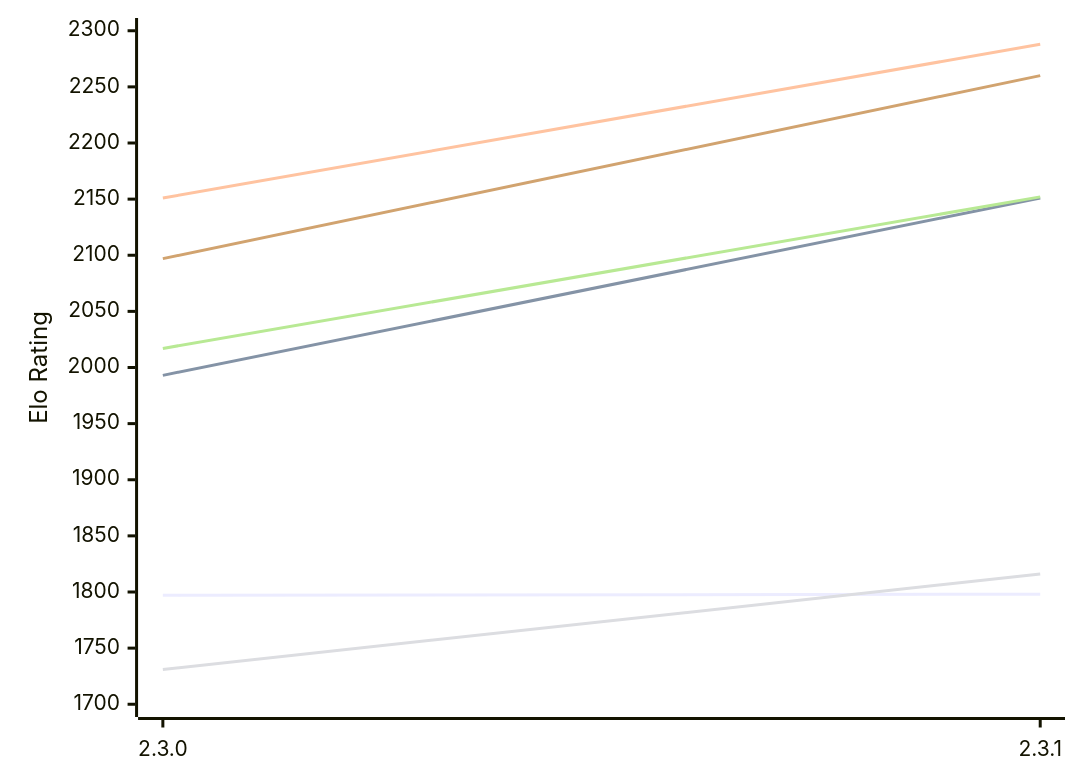
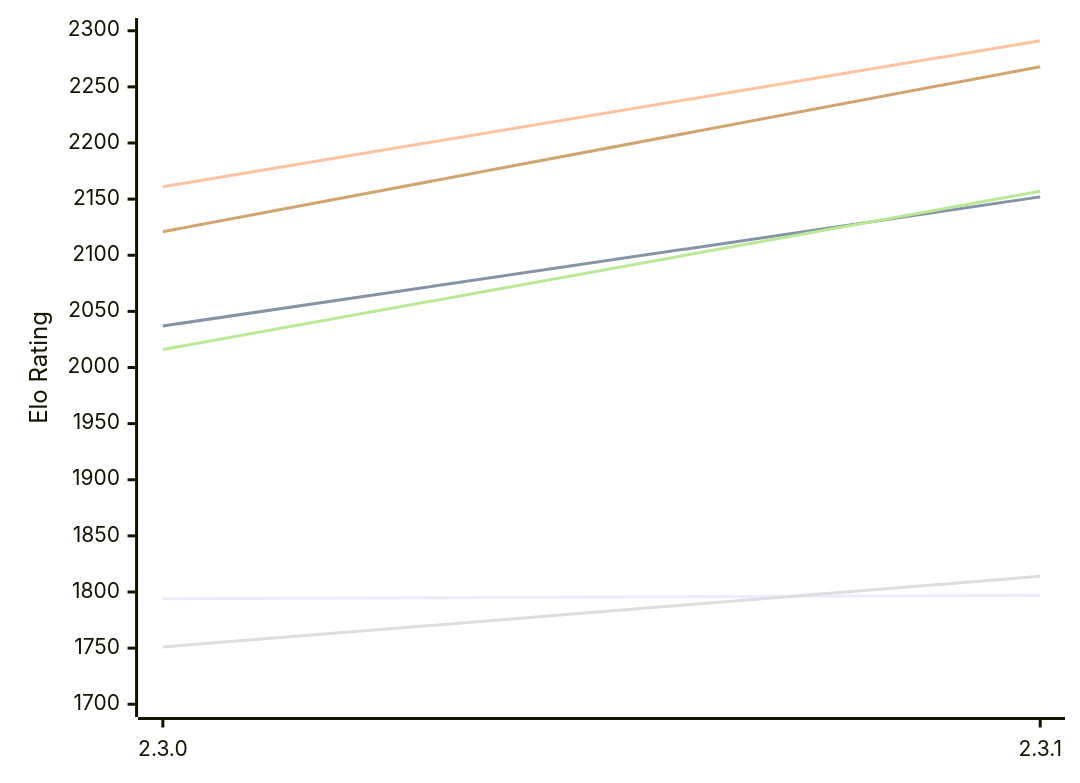
The first of 2 diagrams in engines/Kreveta.md (computer-chess-index/cci), drawn with Mermaid before and after one commit. The commit also changed other lines of this file, not shown here.

Commit message:
Update CCI Ratings (ELO VLTC) - 2026-11-25

````diff
--- a/engines/Kreveta.md
+++ b/engines/Kreveta.md
@@ -59,12 +59,12 @@
 ```mermaid
 %%{init: {"theme":"base","themeVariables":{"seriesColors:['#a3a3a3','#222221','#faa371']}}}%%
 xychart-beta
   x-axis ["2.3.0", "2.3.1"]
   y-axis "Elo Rating" 1700 --> 2300
-  line "E1: STC (8.0+0.08s)" [1797, 1798]
-  line "E1: LTC (60.0+0.60s)" [1993, 2151]
-  line "E1: VLTC (2m24s+1.12s)" [2151, 2288]
-  line "P1: STC (8.0+0.08s)" [1731, 1816]
-  line "P1: LTC (60.0+0.60s)" [2017, 2152]
-  line "P1: VLTC (2m24s+1.12s)" [2097, 2260]
+  line "E1: STC (8.0+0.08s)" [1794, 1797]
+  line "E1: LTC (60.0+0.60s)" [2037, 2152]
+  line "E1: VLTC (2m24s+1.12s)" [2161, 2291]
+  line "P1: STC (8.0+0.08s)" [1751, 1814]
+  line "P1: LTC (60.0+0.60s)" [2016, 2157]
+  line "P1: VLTC (2m24s+1.12s)" [2121, 2268]
 ```
````
